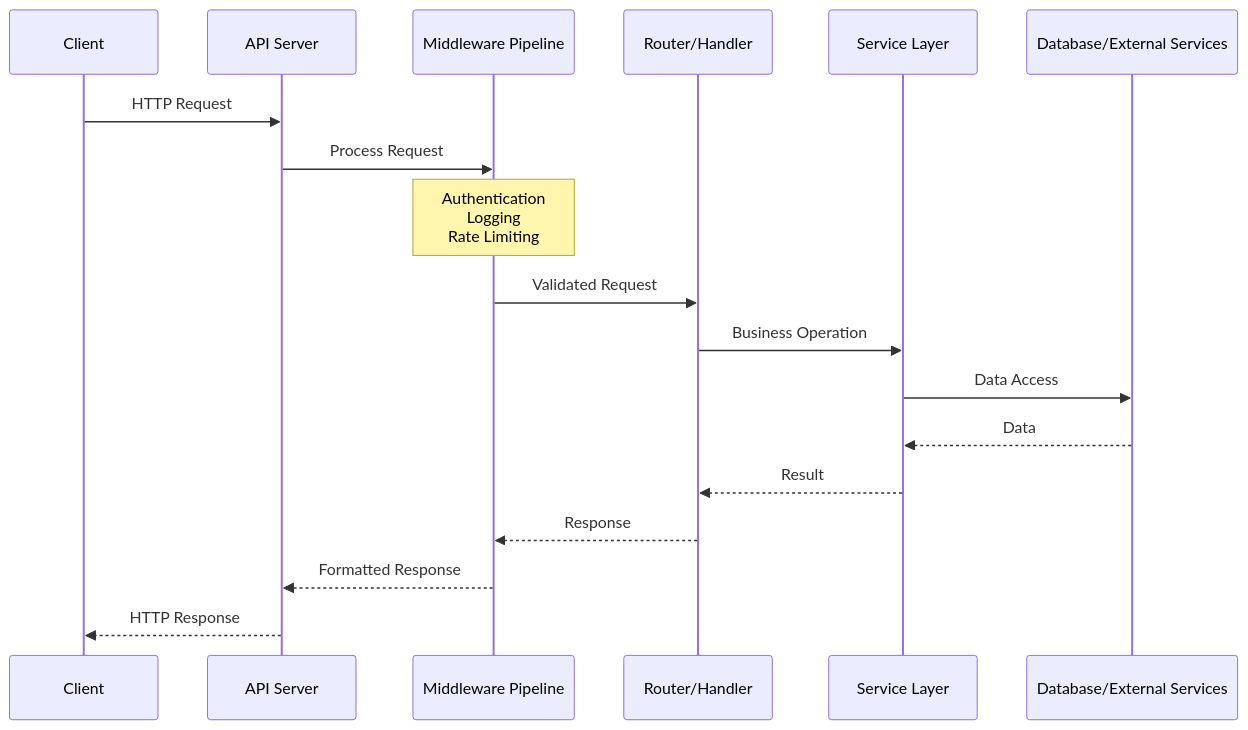
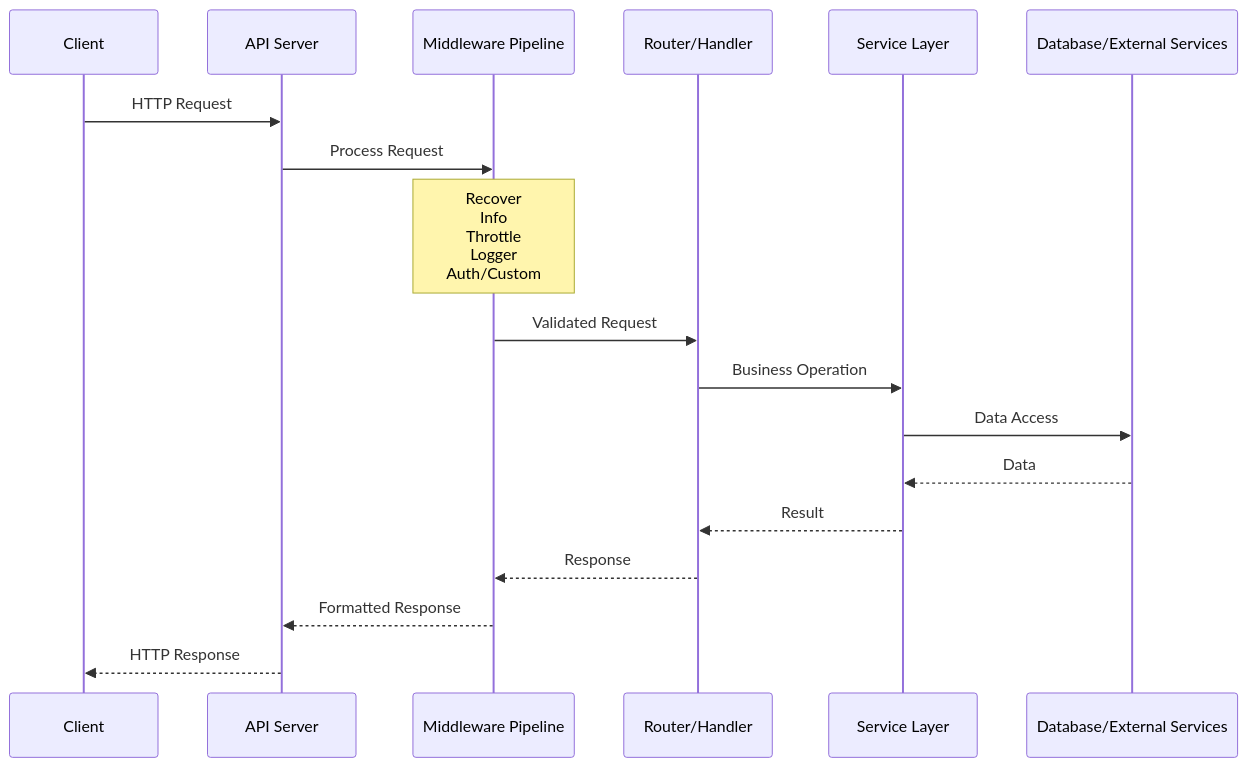
The second of 2 diagrams in README.md (xhanio/framingo), drawn with Mermaid before and after one commit. The commit also changed other lines of this file and 4 other files, not shown here.

````diff
--- a/README.md
+++ b/README.md
@@ -138,21 +115,21 @@
 ```mermaid
 sequenceDiagram
     participant Client
     participant APIServer as API Server
     participant Middleware as Middleware Pipeline
     participant Router as Router/Handler
     participant Service as Service Layer
     participant DB as Database/External Services
 
     Client->>APIServer: HTTP Request
     APIServer->>Middleware: Process Request
-    Note over Middleware: Authentication<br/>Logging<br/>Rate Limiting
+    Note over Middleware: Recover<br/>Info<br/>Throttle<br/>Logger<br/>Auth/Custom
     Middleware->>Router: Validated Request
     Router->>Service: Business Operation
     Service->>DB: Data Access
     DB-->>Service: Data
     Service-->>Router: Result
     Router-->>Middleware: Response
     Middleware-->>APIServer: Formatted Response
     APIServer-->>Client: HTTP Response
 ```
````
